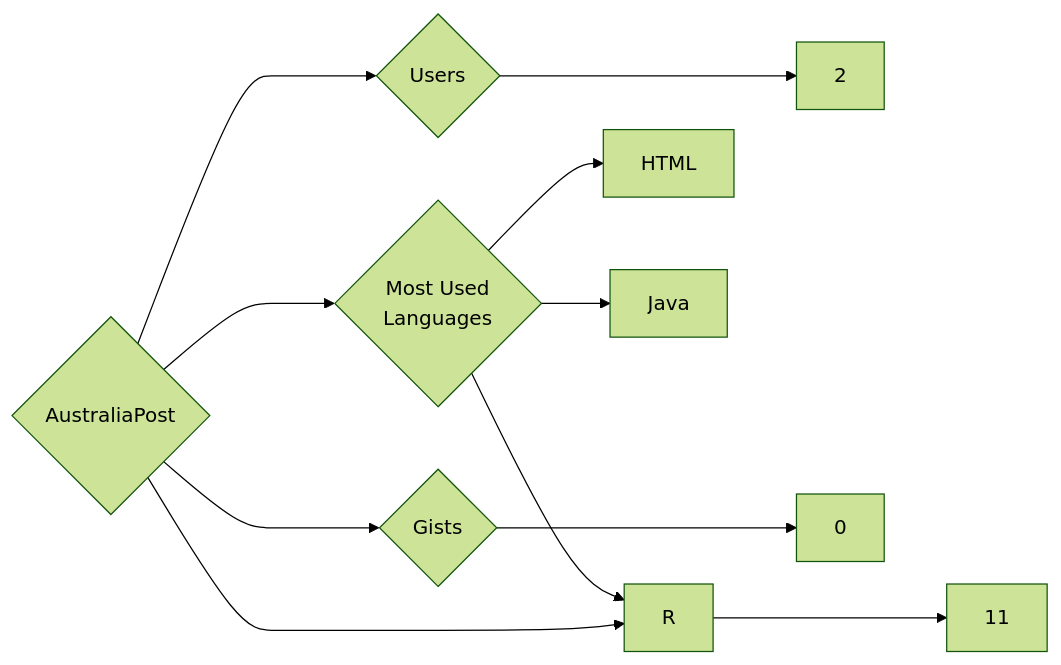
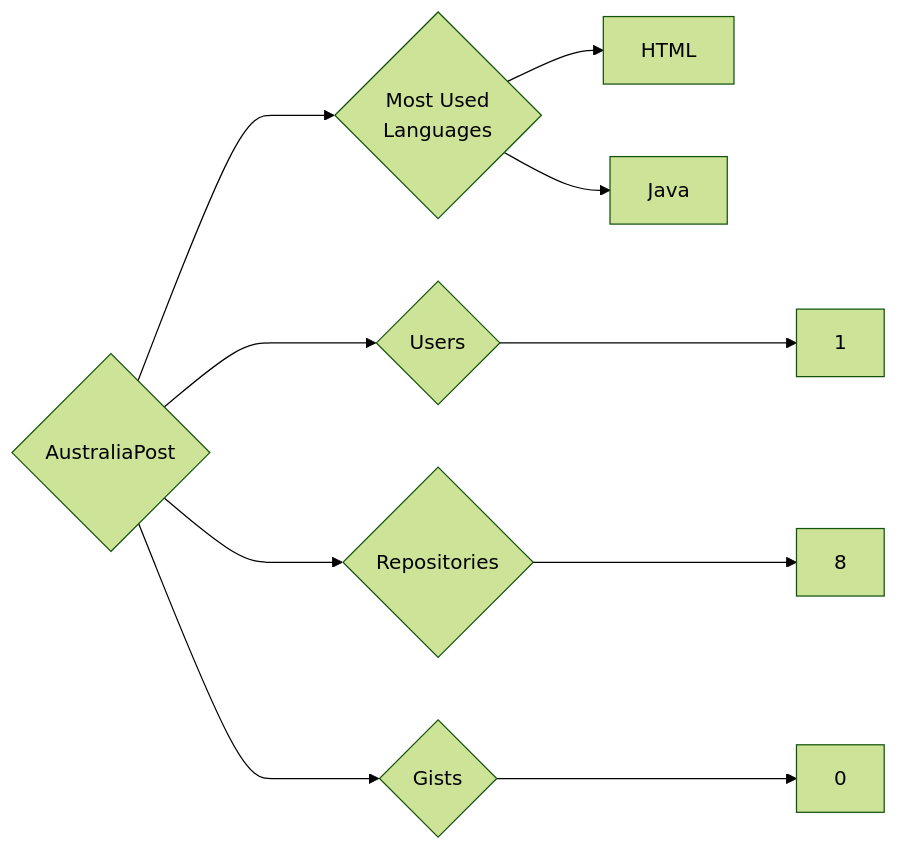
Before and after one commit to trickest/insiders: the diagram in targets/AustraliaPost/README.md, drawn with Mermaid (forest theme). The commit also changed 924 other files, not shown here.

````diff
--- a/targets/AustraliaPost/README.md
+++ b/targets/AustraliaPost/README.md
@@ -3,11 +3,10 @@
 ```mermaid
 graph LR
 COMPANY_NAME{AustraliaPost}
-COMPANY_NAME ---> U{Users} ---> UN[2]
-COMPANY_NAME ---> R{Repositories} ---> RN[11]
+COMPANY_NAME ---> U{Users} ---> UN[1]
+COMPANY_NAME ---> R{Repositories} ---> RN[8]
 COMPANY_NAME ---> G{Gists} ---> GN[0]
 COMPANY_NAME ---> ML{Most Used<br>Languages}
 ML --> HTML[HTML]
-ML --> R[R]
 ML --> Java[Java]
 ```
````
